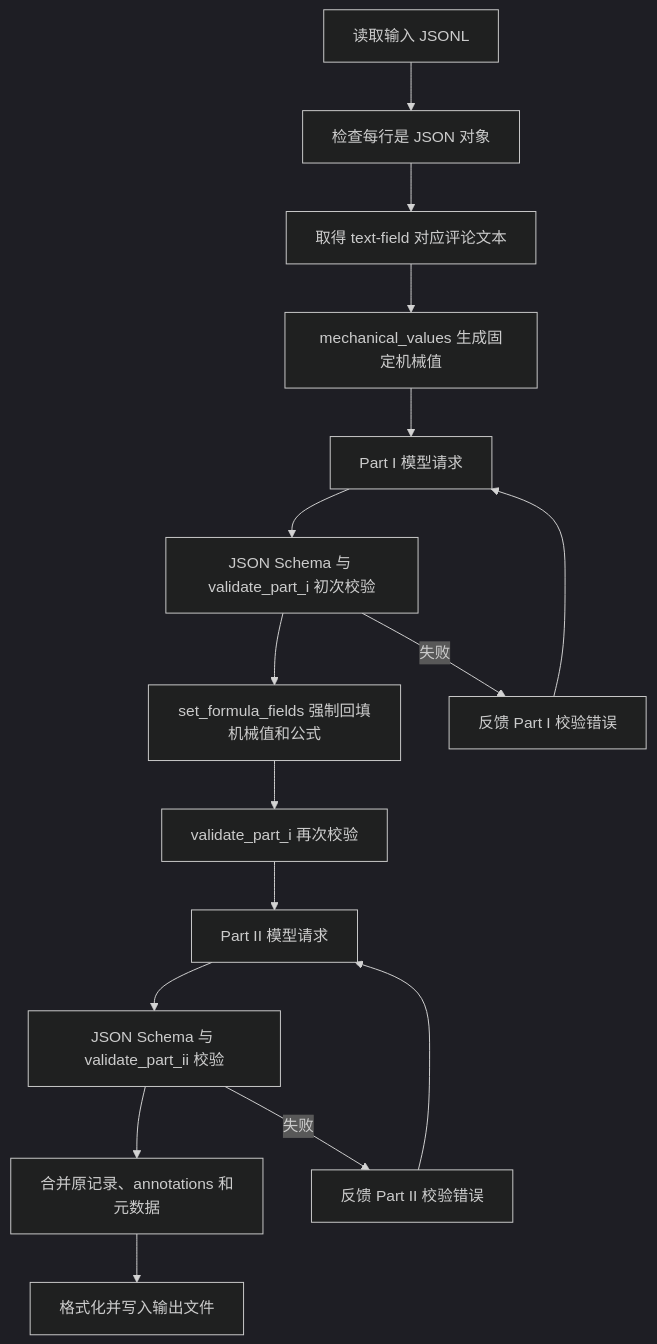
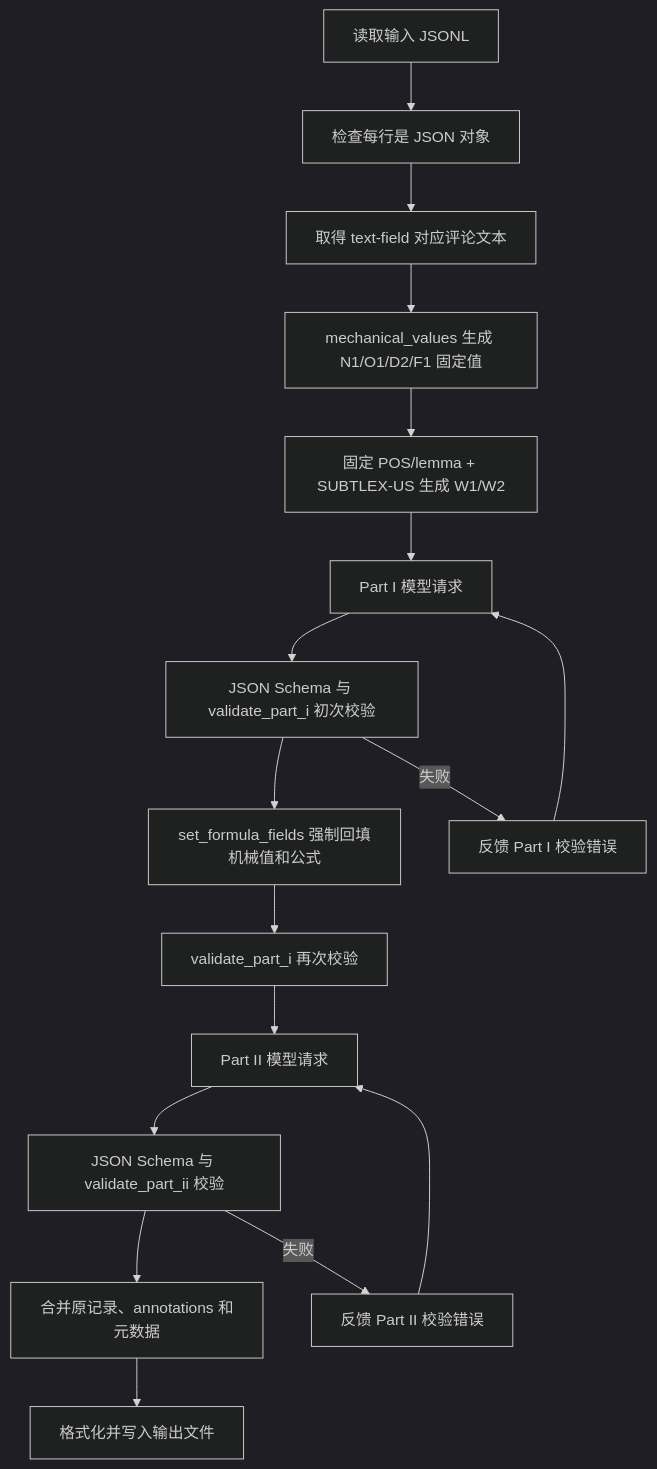
Before and after one commit to qfzhao670/persona-forge: the diagram in doc/annotation_mechanism.md, drawn with Mermaid (dark theme). The commit also changed other lines of this file and 14 other files, not shown here.

Commit message:
固定 POS/lemma 标注器 + SUBTLEX-US 作为一个联合任务，优先恢复 W1、W2。

````diff
--- a/doc/annotation_mechanism.md
+++ b/doc/annotation_mechanism.md
@@ -49,19 +52,20 @@
 ```mermaid
 flowchart TD
     A[读取输入 JSONL] --> B[检查每行是 JSON 对象]
     B --> C[取得 text-field 对应评论文本]
-    C --> D[mechanical_values 生成固定机械值]
-    D --> E[Part I 模型请求]
+    C --> D[mechanical_values 生成 N1/O1/D2/F1 固定值]
+    D --> D2[固定 POS/lemma + SUBTLEX-US 生成 W1/W2]
+    D2 --> E[Part I 模型请求]
     E --> F[JSON Schema 与 validate_part_i 初次校验]
     F --> G[set_formula_fields 强制回填机械值和公式]
     G --> H[validate_part_i 再次校验]
     H --> I[Part II 模型请求]
     I --> J[JSON Schema 与 validate_part_ii 校验]
     J --> K[合并原记录、annotations 和元数据]
     K --> L[格式化并写入输出文件]
 
     F -- 失败 --> M1[反馈 Part I 校验错误]
     M1 --> E
     J -- 失败 --> M2[反馈 Part II 校验错误]
     M2 --> I
 ```
````
